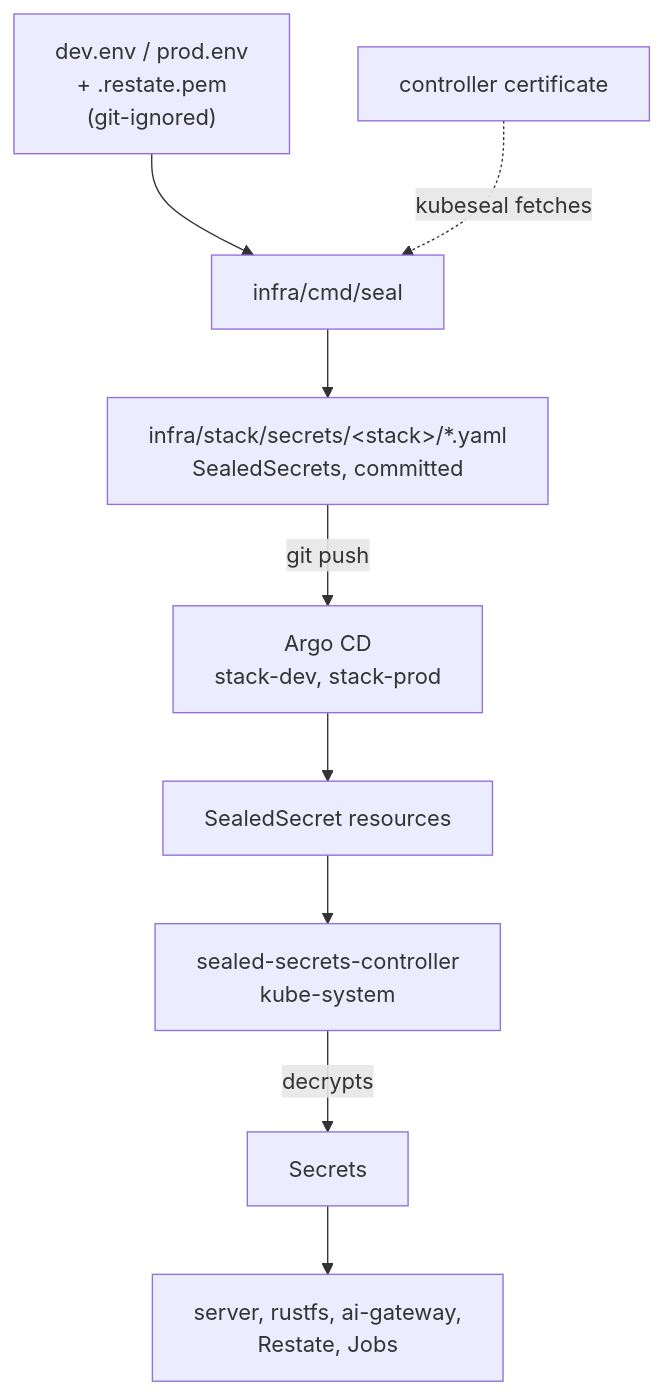
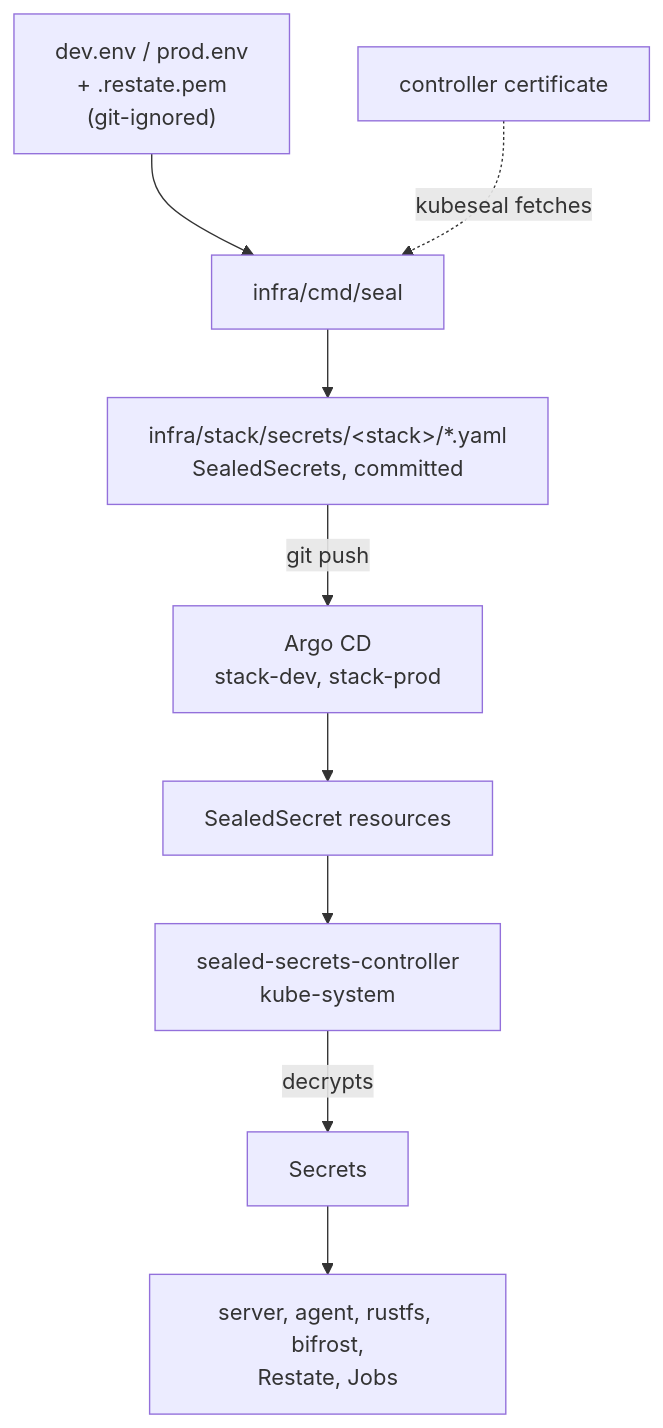
The diagram in web/src/content/docs/en/operations/cluster/secrets.mdx (shopnexus/docs), drawn with Mermaid before and after one commit. The commit also changed other lines of this file and 1 other file, not shown here.

Commit message:
web: secrets pages seal bifrost-secrets and bifrost-db

````diff
--- a/web/src/content/docs/en/operations/cluster/secrets.mdx
+++ b/web/src/content/docs/en/operations/cluster/secrets.mdx
@@ -16,11 +16,11 @@
 ```mermaid title="From the .env file to a pod"
 flowchart TB
   env["dev.env / prod.env<br/>+ .restate.pem<br/>(git-ignored)"] --> seal["infra/cmd/seal"]
   cert["controller certificate"] -.->|"kubeseal fetches"| seal
   seal --> yaml["infra/stack/secrets/#lt;stack#gt;/*.yaml<br/>SealedSecrets, committed"]
   yaml -->|"git push"| argo["Argo CD<br/>stack-dev, stack-prod"]
   argo --> ss["SealedSecret resources"]
   ss --> ctrl["sealed-secrets-controller<br/>kube-system"]
   ctrl -->|"decrypts"| sec["Secrets"]
-  sec --> pods["server, rustfs, ai-gateway,<br/>Restate, Jobs"]
+  sec --> pods["server, agent, rustfs, bifrost,<br/>Restate, Jobs"]
 ```
````
